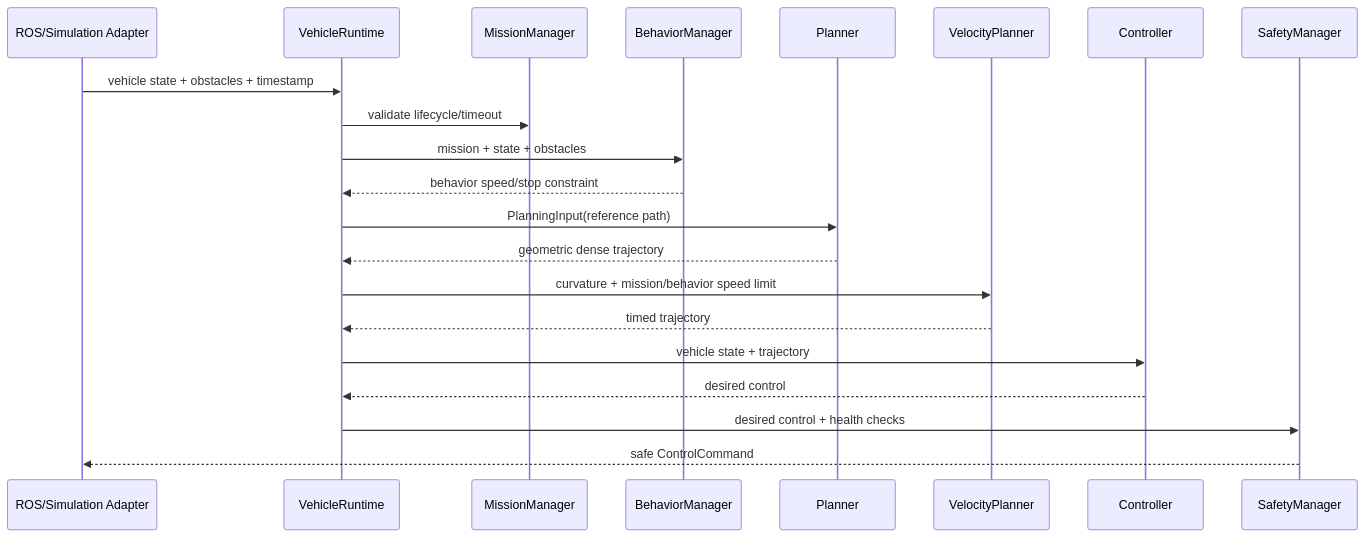
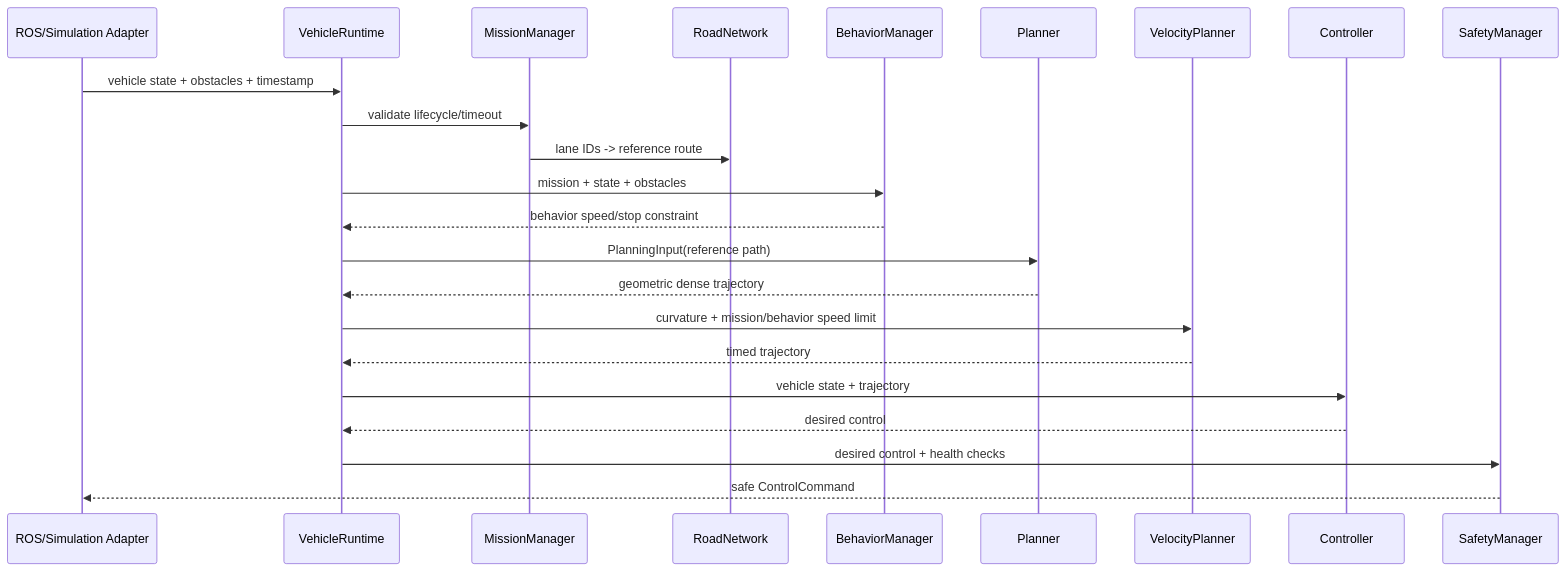
One commit to frankwang98/ROS2Drive changed the diagram in docs/architecture.md. Above: the diagram before and after it, drawn with Mermaid. The commit also changed other lines of this file and 38 other files, not shown here.

````diff
--- a/docs/architecture.md
+++ b/docs/architecture.md
@@ -31,23 +32,25 @@
 ```mermaid
 sequenceDiagram
   participant A as ROS/Simulation Adapter
   participant R as VehicleRuntime
   participant M as MissionManager
+  participant N as RoadNetwork
   participant B as BehaviorManager
   participant P as Planner
   participant V as VelocityPlanner
   participant C as Controller
   participant S as SafetyManager
   A->>R: vehicle state + obstacles + timestamp
   R->>M: validate lifecycle/timeout
+  M->>N: lane IDs -> reference route
   R->>B: mission + state + obstacles
   B-->>R: behavior speed/stop constraint
   R->>P: PlanningInput(reference path)
   P-->>R: geometric dense trajectory
   R->>V: curvature + mission/behavior speed limit
   V-->>R: timed trajectory
   R->>C: vehicle state + trajectory
   C-->>R: desired control
   R->>S: desired control + health checks
   S-->>A: safe ControlCommand
 ```
````
